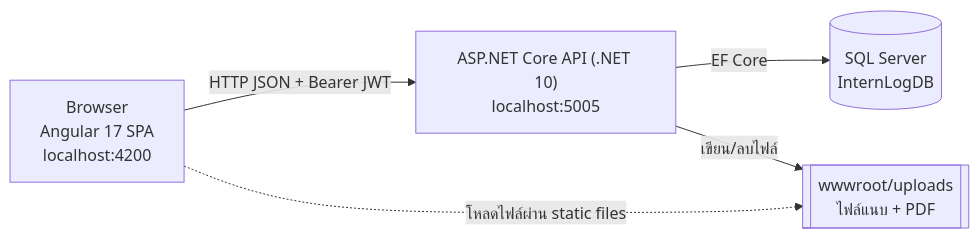
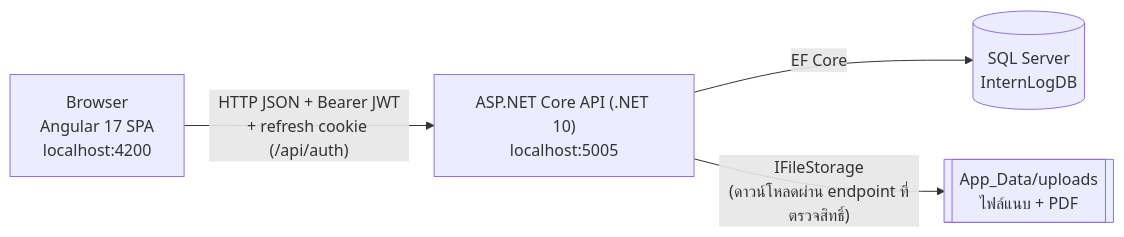
One commit to MoDGo3/internship-log-system changed the first of 4 diagrams in docs/architecture.md. Above: the diagram before and after it, drawn with Mermaid. The commit also changed other lines of this file and 78 other files, not shown here.

````diff
--- a/docs/architecture.md
+++ b/docs/architecture.md
@@ -7,12 +7,11 @@
 ```mermaid
 flowchart LR
     Browser["Browser<br/>Angular 17 SPA<br/>localhost:4200"]
     API["ASP.NET Core API (.NET 10)<br/>localhost:5005"]
     DB[("SQL Server<br/>InternLogDB")]
-    FS[["wwwroot/uploads<br/>ไฟล์แนบ + PDF"]]
+    FS[["App_Data/uploads<br/>ไฟล์แนบ + PDF"]]
 
-    Browser -- "HTTP JSON + Bearer JWT" --> API
+    Browser -- "HTTP JSON + Bearer JWT<br/>+ refresh cookie (/api/auth)" --> API
     API -- "EF Core" --> DB
-    API -- "เขียน/ลบไฟล์" --> FS
-    Browser -. "โหลดไฟล์ผ่าน static files" .-> FS
+    API -- "IFileStorage<br/>(ดาวน์โหลดผ่าน endpoint ที่ตรวจสิทธิ์)" --> FS
 ```
````
